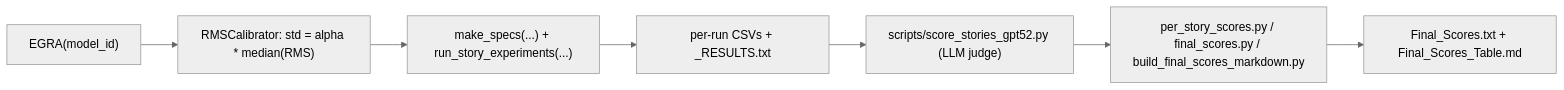
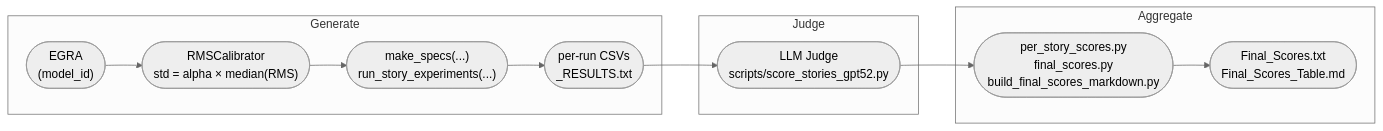
The diagram in README.md (haziq-exe/NoiseEGRA), drawn with Mermaid (neutral theme) before and after one commit. The commit also changed other lines of this file and 1 other file, not shown here.

Commit message:
Add diagram

````diff
--- a/README.md
+++ b/README.md
@@ -86,9 +95,23 @@
 ```mermaid
 flowchart LR
-    A["EGRA(model_id)"] --> B["RMSCalibrator: std = alpha * median(RMS)"]
-    B --> C["make_specs(...) + run_story_experiments(...)"]
-    C --> D["per-run CSVs + <model>_RESULTS.txt"]
-    D --> E["scripts/score_stories_gpt52.py (LLM judge)"]
-    E --> F["per_story_scores.py / final_scores.py / build_final_scores_markdown.py"]
-    F --> G["Final_Scores.txt + Final_Scores_Table.md"]
+
+    subgraph Generate
+        A(["EGRA<br/>(model_id)"])
+        B(["RMSCalibrator<br/>std = alpha × median(RMS)"])
+        C(["make_specs(...)<br/>run_story_experiments(...)"])
+        D(["per-run CSVs<br/><model>_RESULTS.txt"])
+        A --> B --> C --> D
+    end
+
+    subgraph Judge
+        E(["LLM Judge<br/>scripts/score_stories_gpt52.py"])
+    end
+
+    subgraph Aggregate
+        F(["per_story_scores.py<br/>final_scores.py<br/>build_final_scores_markdown.py"])
+        G(["Final_Scores.txt<br/>Final_Scores_Table.md"])
+        F --> G
+    end
+
+    D --> E --> F
 ```
````
